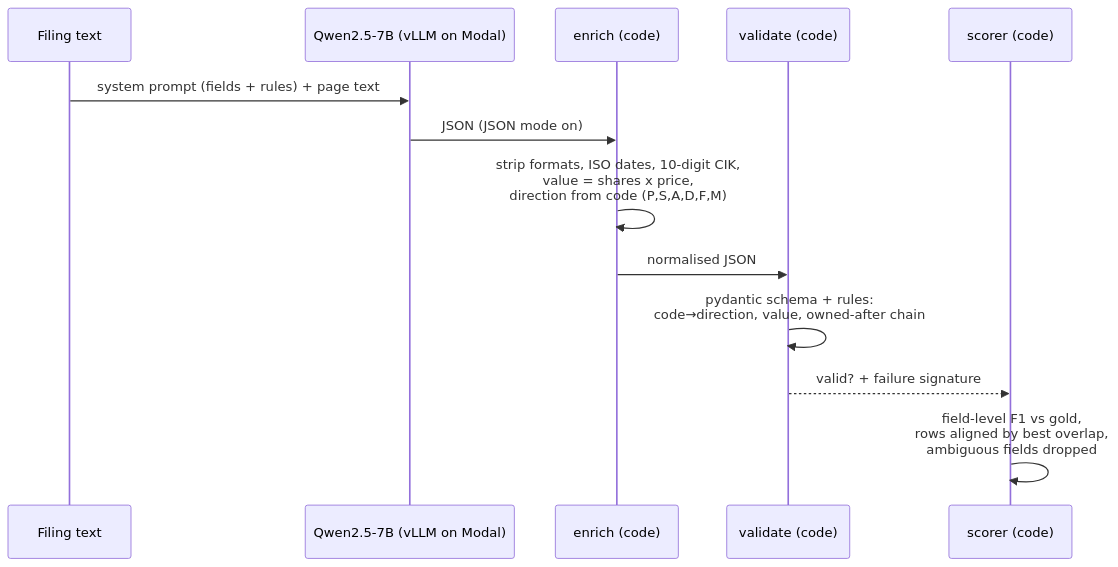
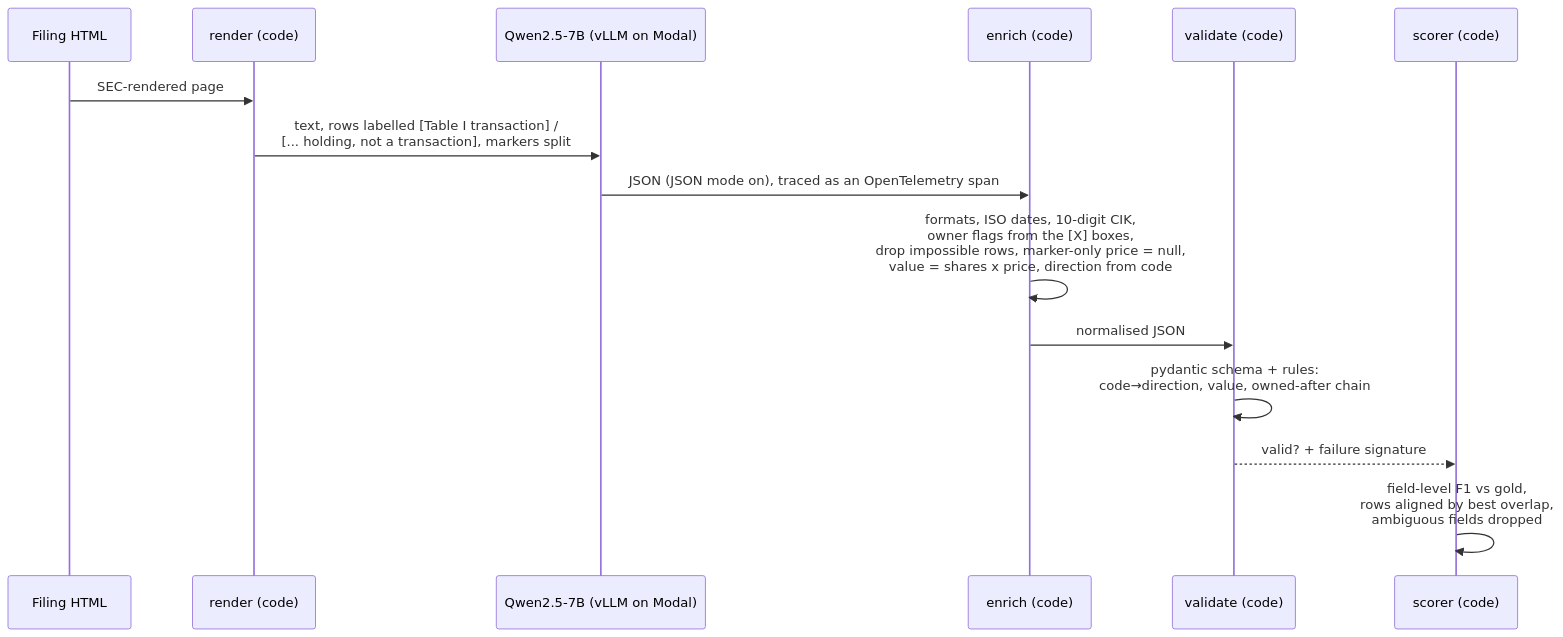
The third of 3 diagrams in docs/HOW_IT_WORKS.md (michael-jw-ji/AutoExtract), drawn with Mermaid before and after one commit. The commit also changed other lines of this file and 19 other files, not shown here.

````diff
--- a/docs/HOW_IT_WORKS.md
+++ b/docs/HOW_IT_WORKS.md
@@ -162,15 +162,17 @@
 ```mermaid
 sequenceDiagram
-    participant D as Filing text
+    participant H as Filing HTML
+    participant R as render (code)
     participant M as Qwen2.5-7B (vLLM on Modal)
     participant E as enrich (code)
     participant V as validate (code)
     participant S as scorer (code)
-    D->>M: system prompt (fields + rules) + page text
-    M->>E: JSON (JSON mode on)
-    E->>E: strip formats, ISO dates, 10-digit CIK,<br/>value = shares x price,<br/>direction from code (P,S,A,D,F,M)
+    H->>R: SEC-rendered page
+    R->>M: text, rows labelled [Table I transaction] /<br/>[... holding, not a transaction], markers split
+    M->>E: JSON (JSON mode on), traced as an OpenTelemetry span
+    E->>E: formats, ISO dates, 10-digit CIK,<br/>owner flags from the [X] boxes,<br/>drop impossible rows, marker-only price = null,<br/>value = shares x price, direction from code
     E->>V: normalised JSON
     V->>V: pydantic schema + rules:<br/>code→direction, value, owned-after chain
     V-->>S: valid? + failure signature
     S->>S: field-level F1 vs gold,<br/>rows aligned by best overlap,<br/>ambiguous fields dropped
 ```
````
